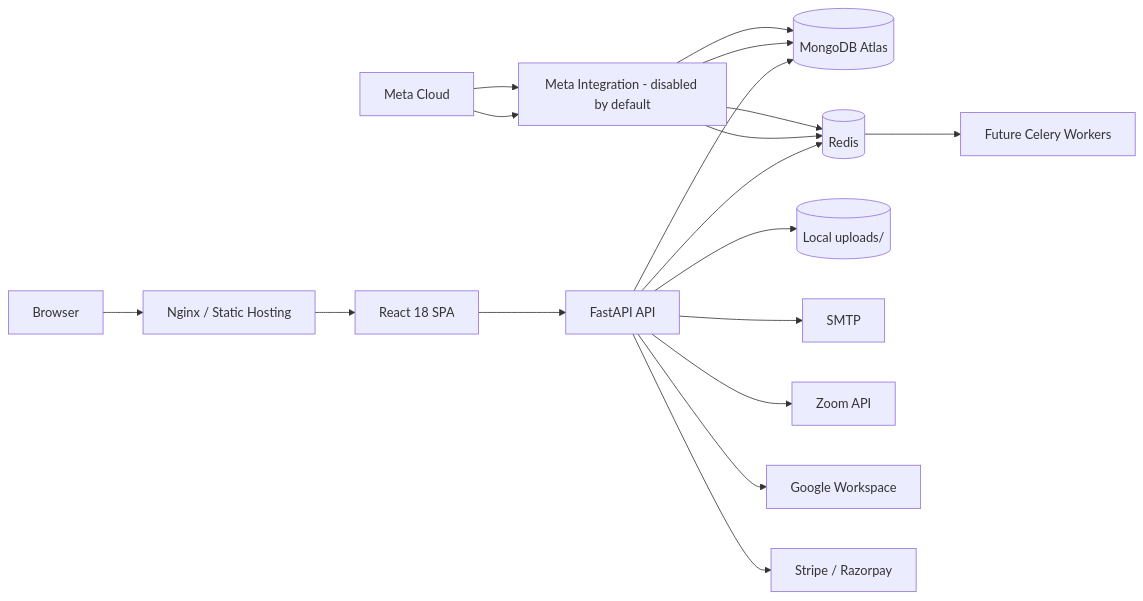
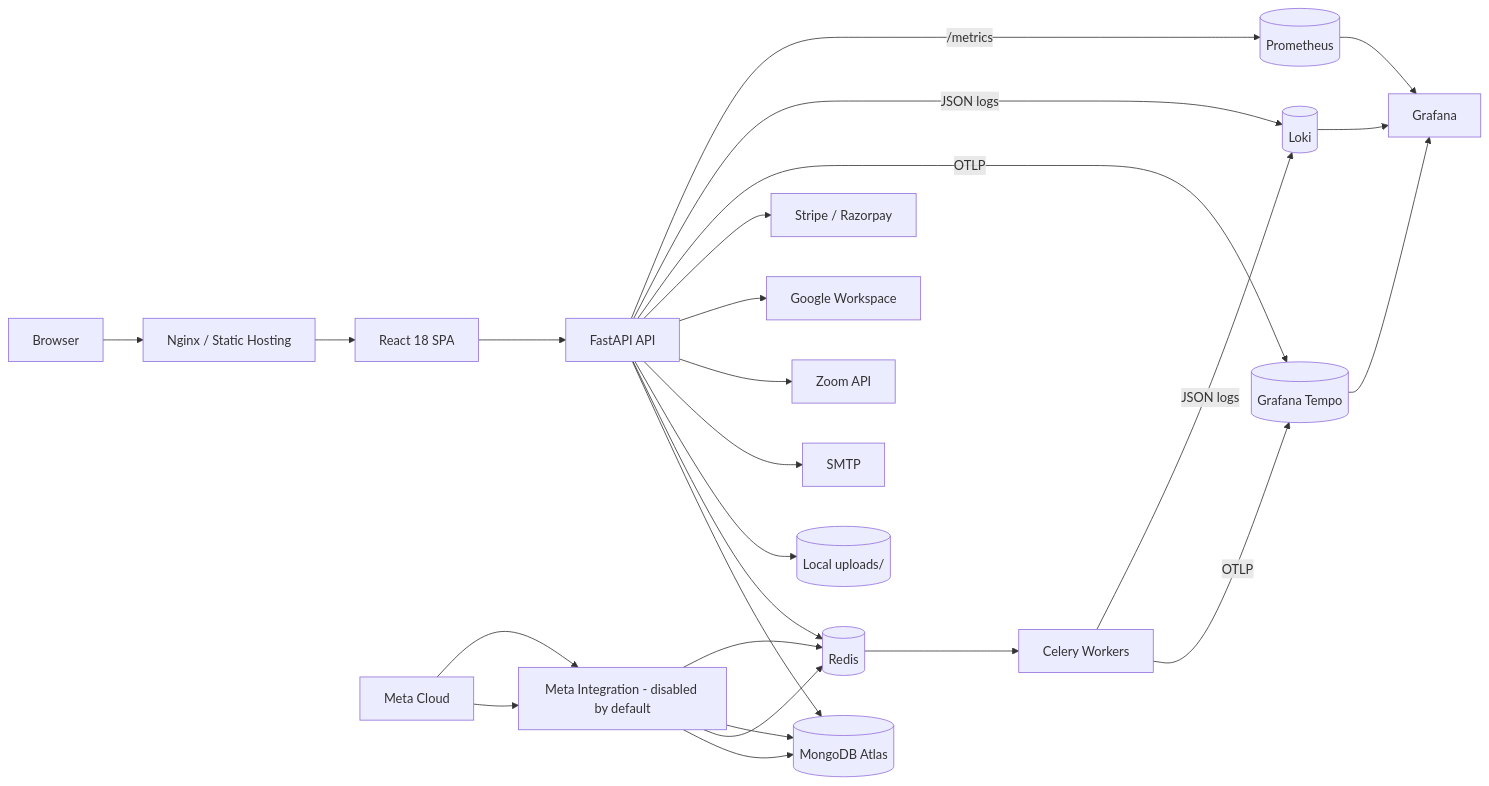
One commit to Shivakushwah143/SynTask changed the first of 5 diagrams in docs/architecture/ARCHITECTURE.md. Above: the diagram before and after it, drawn with Mermaid. The commit also changed other lines of this file and 46 other files, not shown here.

````diff
--- a/docs/architecture/ARCHITECTURE.md
+++ b/docs/architecture/ARCHITECTURE.md
@@ -4,20 +4,28 @@
 ```mermaid
 flowchart LR
     Browser[Browser] --> Nginx[Nginx / Static Hosting]
     Nginx --> React[React 18 SPA]
     React --> API[FastAPI API]
     API --> Mongo[(MongoDB Atlas)]
     API --> Redis[(Redis)]
     API --> Uploads[(Local uploads/)]
     API --> Email[SMTP]
     API --> Zoom[Zoom API]
     API --> Google[Google Workspace]
     API --> Payments[Stripe / Razorpay]
     Meta[Meta Cloud] --> MetaBoundary[Meta Integration - disabled by default]
     MetaBoundary --> Mongo
     MetaBoundary --> Redis
     Meta[Meta Cloud] --> MetaBoundary[Meta Integration - disabled by default]
     MetaBoundary --> Mongo
     MetaBoundary --> Redis
-    Redis --> Celery[Future Celery Workers]
+    Redis --> Celery[Celery Workers]
+    API -- OTLP --> Tempo[(Grafana Tempo)]
+    Celery -- OTLP --> Tempo
+    API -- JSON logs --> Loki[(Loki)]
+    Celery -- JSON logs --> Loki
+    Tempo --> Grafana[Grafana]
+    Loki --> Grafana
+    API -- /metrics --> Prometheus[(Prometheus)]
+    Prometheus --> Grafana
 ```
````
